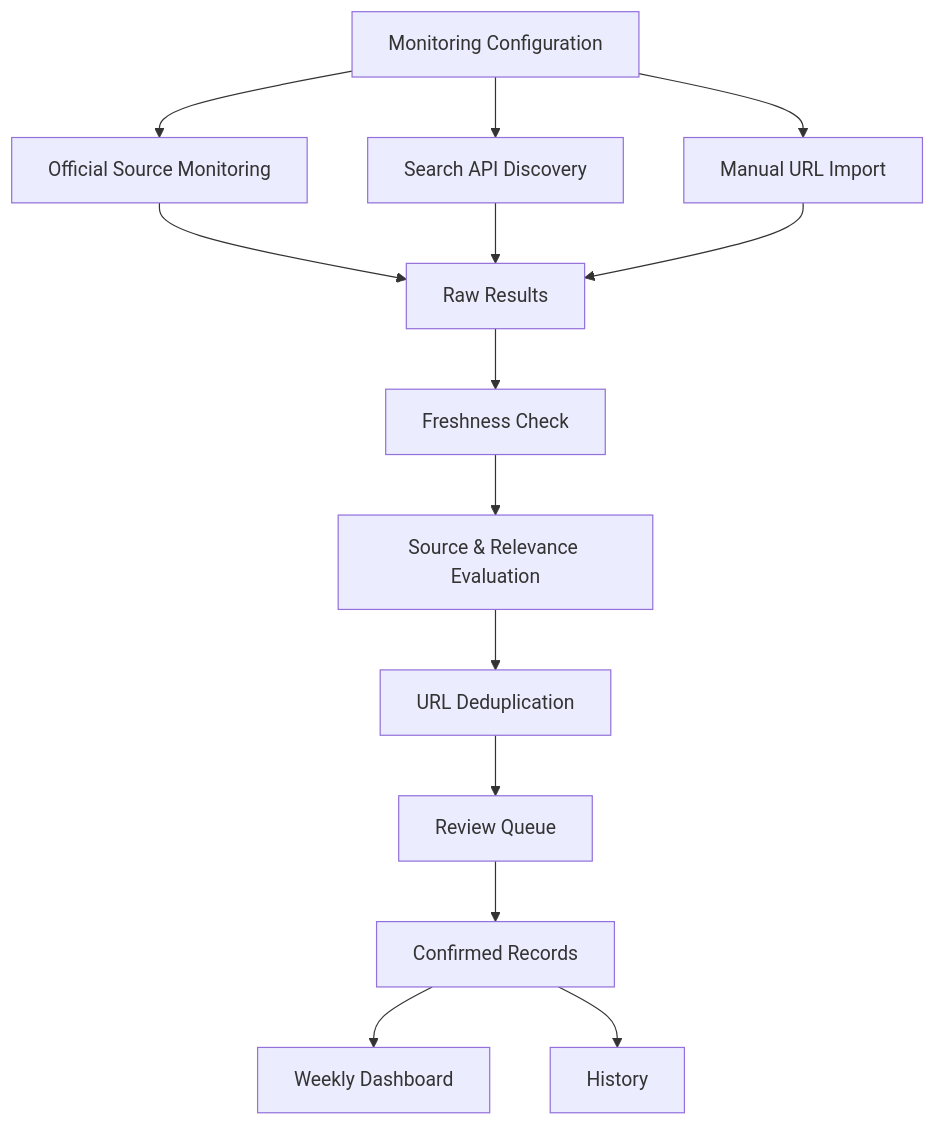
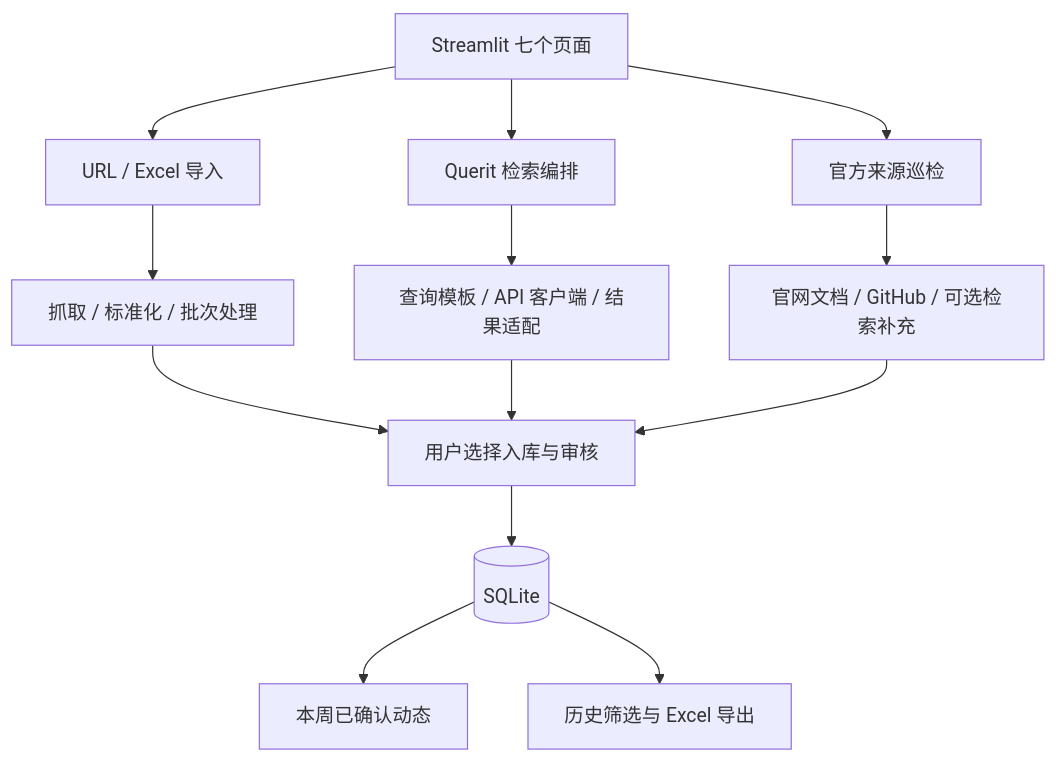
The diagram in docs/architecture.md (Shiqi147-Yin/ai-search-competitor-monitor), drawn with Mermaid before and after one commit. The commit also changed other lines of this file and 3 other files, not shown here.

````diff
--- a/docs/architecture.md
+++ b/docs/architecture.md
@@ -19,21 +11,15 @@
 ```mermaid
 flowchart TD
-    A[Monitoring Configuration]
-
-    A --> B[Official Source Monitoring]
-    A --> C[Search API Discovery]
-    A --> D[Manual URL Import]
-
-    B --> E[Raw Results]
-    C --> E
-    D --> E
-
-    E --> F[Freshness Check]
-    F --> G[Source & Relevance Evaluation]
-    G --> H[URL Deduplication]
-    H --> I[Review Queue]
-
-    I --> J[Confirmed Records]
-    J --> K[Weekly Dashboard]
-    J --> L[History]
+    UI[Streamlit 七个页面] --> IMP[URL / Excel 导入]
+    UI --> SEARCH[Querit 检索编排]
+    UI --> MON[官方来源巡检]
+    IMP --> FETCH[抓取 / 标准化 / 批次处理]
+    SEARCH --> QUERY[查询模板 / API 客户端 / 结果适配]
+    MON --> SITE[官网文档 / GitHub / 可选检索补充]
+    FETCH --> REVIEW[用户选择入库与审核]
+    QUERY --> REVIEW
+    SITE --> REVIEW
+    REVIEW --> DB[(SQLite)]
+    DB --> WEEK[本周已确认动态]
+    DB --> HISTORY[历史筛选与 Excel 导出]
 ```
````
